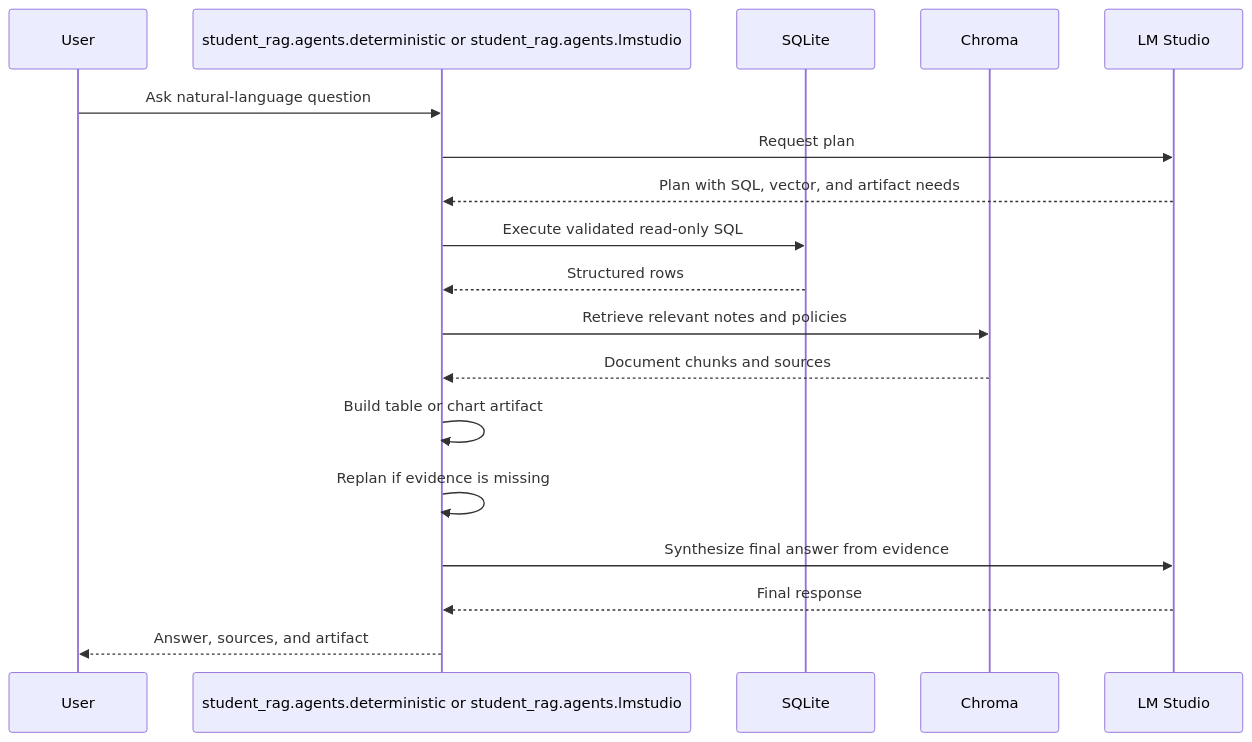
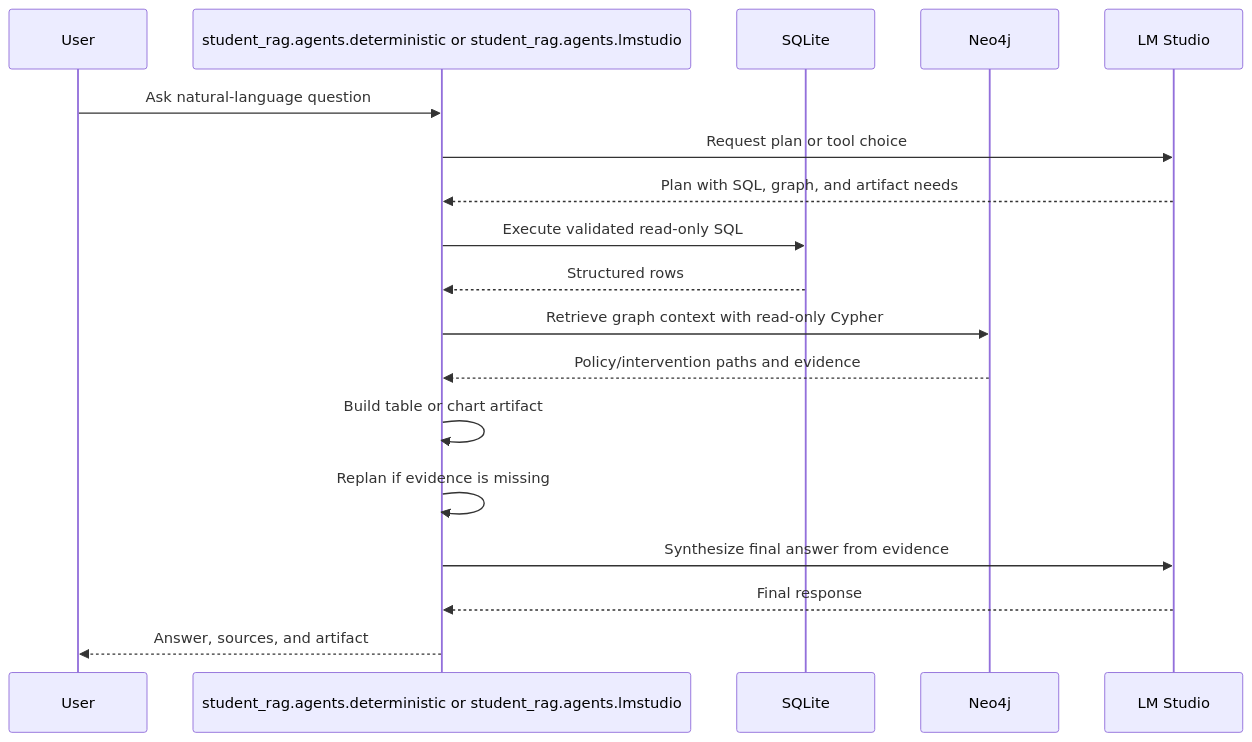
One commit to DuongPhanHoai/rag_assistant changed the fourth of 7 diagrams in docs/DESIGN.md. Above: the diagram before and after it, drawn with Mermaid. The commit also changed other lines of this file and 8 other files, not shown here.

````diff
--- a/docs/DESIGN.md
+++ b/docs/DESIGN.md
@@ -191,21 +281,21 @@
 ```mermaid
 sequenceDiagram
     participant User
     participant Agent as student_rag.agents.deterministic or student_rag.agents.lmstudio
     participant SQLite as SQLite
-    participant Chroma as Chroma
+    participant Neo4j as Neo4j
     participant LLM as LM Studio
 
     User->>Agent: Ask natural-language question
-    Agent->>LLM: Request plan
-    LLM-->>Agent: Plan with SQL, vector, and artifact needs
+    Agent->>LLM: Request plan or tool choice
+    LLM-->>Agent: Plan with SQL, graph, and artifact needs
     Agent->>SQLite: Execute validated read-only SQL
     SQLite-->>Agent: Structured rows
-    Agent->>Chroma: Retrieve relevant notes and policies
-    Chroma-->>Agent: Document chunks and sources
+    Agent->>Neo4j: Retrieve graph context with read-only Cypher
+    Neo4j-->>Agent: Policy/intervention paths and evidence
     Agent->>Agent: Build table or chart artifact
     Agent->>Agent: Replan if evidence is missing
     Agent->>LLM: Synthesize final answer from evidence
     LLM-->>Agent: Final response
     Agent-->>User: Answer, sources, and artifact
 ```
````
